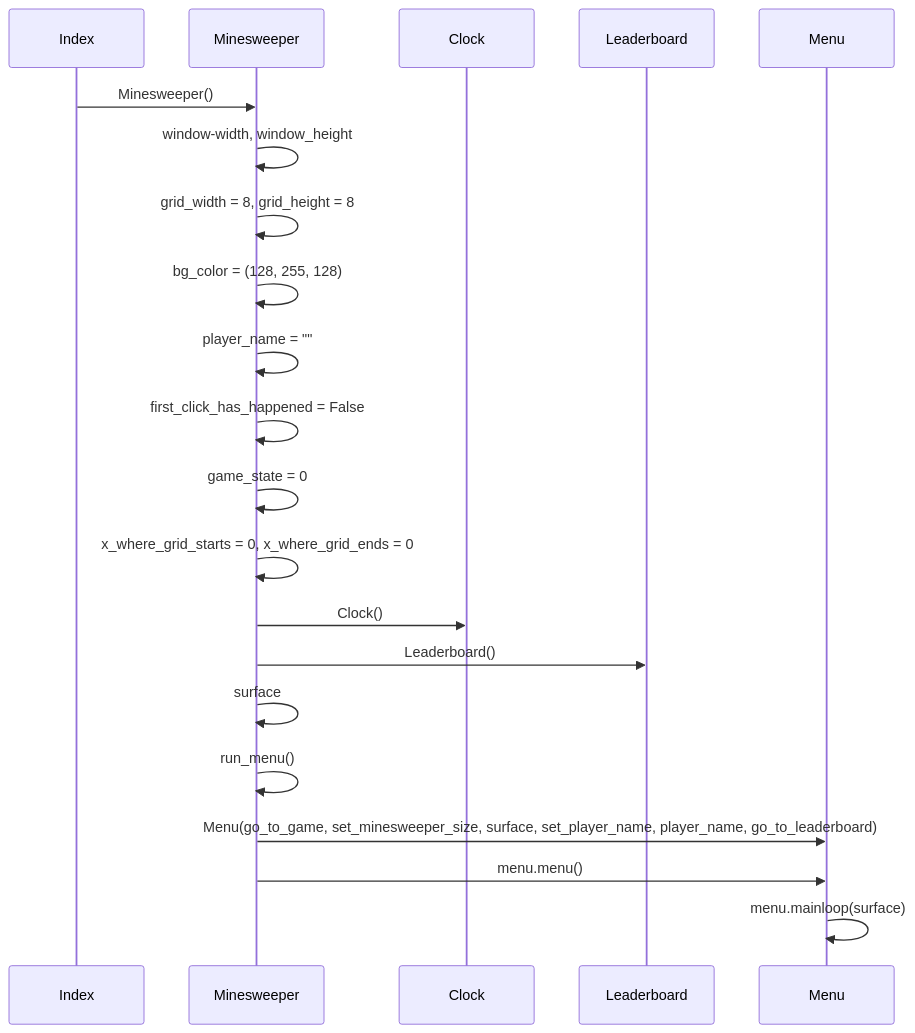
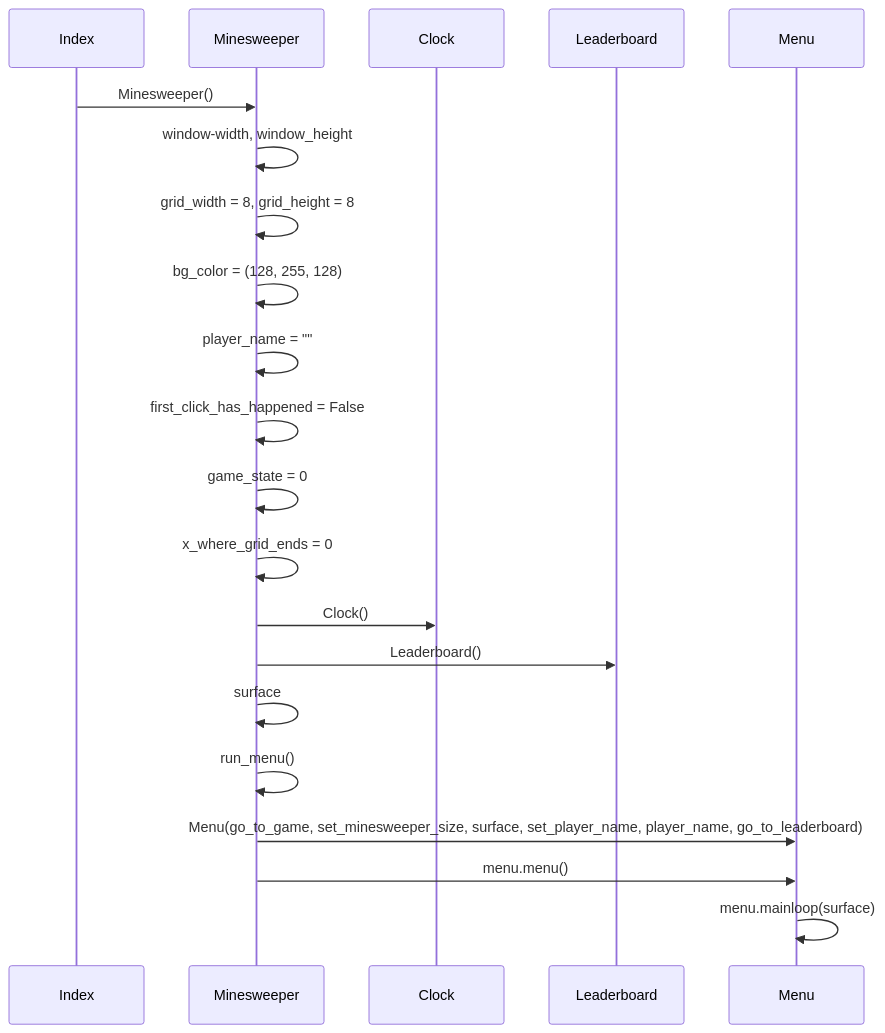
One commit to thefakejj/Minesweeper changed the first of 6 diagrams in documentation/arkkitehtuurikuvaus.md. Above: the diagram before and after it, drawn with Mermaid. The commit also changed other lines of this file and 15 other files, not shown here.

````diff
--- a/documentation/arkkitehtuurikuvaus.md
+++ b/documentation/arkkitehtuurikuvaus.md
@@ -56,24 +56,24 @@
 ```mermaid
 sequenceDiagram
 
   Index->>Minesweeper: Minesweeper()
   Minesweeper->>Minesweeper: window-width, window_height
   Minesweeper->>Minesweeper: grid_width = 8, grid_height = 8
   Minesweeper->>Minesweeper: bg_color = (128, 255, 128)
   Minesweeper->>Minesweeper: player_name = ""
   Minesweeper->>Minesweeper: first_click_has_happened = False
   Minesweeper->>Minesweeper: game_state = 0
-  Minesweeper->>Minesweeper: x_where_grid_starts = 0, x_where_grid_ends = 0
+  Minesweeper->>Minesweeper: x_where_grid_ends = 0
 
   Minesweeper->>Clock: Clock()
   Minesweeper->>Leaderboard: Leaderboard()
   
   Minesweeper->>Minesweeper: surface
   Minesweeper->>Minesweeper: run_menu()
   
   Minesweeper->>Menu: Menu(go_to_game, set_minesweeper_size, surface, set_player_name, player_name, go_to_leaderboard)
 
   Minesweeper->>Menu: menu.menu()
   Menu->>Menu: menu.mainloop(surface)
 
 ```
````
